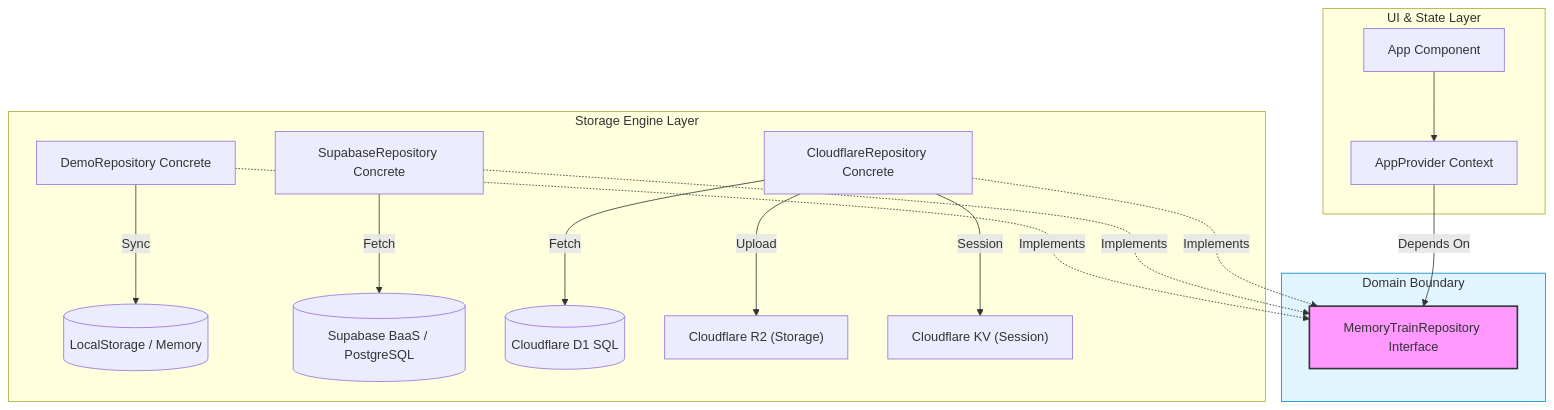
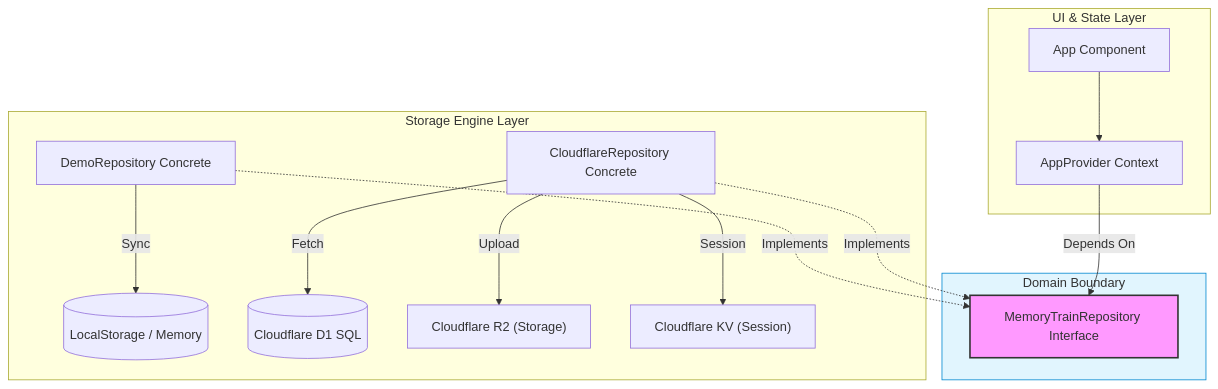
The first of 2 diagrams in docs/wiki/Architecture.md (ClarusIubar/GATTACA), drawn with Mermaid before and after one commit. The commit also changed other lines of this file and 10 other files, not shown here.

````diff
--- a/docs/wiki/Architecture.md
+++ b/docs/wiki/Architecture.md
@@ -11,24 +11,22 @@
 ```mermaid
 graph TD
     subgraph UI_Layer [UI & State Layer]
         App[App Component] --> AppProvider[AppProvider Context]
     end
 
     subgraph Domain_Boundary [Domain Boundary]
         AppProvider -->|Depends On| IRepo[MemoryTrainRepository Interface]
     end
 
     subgraph Storage_Layer [Storage Engine Layer]
         DemoRepo[DemoRepository Concrete] -.->|Implements| IRepo
-        SupabaseRepo[SupabaseRepository Concrete] -.->|Implements| IRepo
         CloudflareRepo[CloudflareRepository Concrete] -.->|Implements| IRepo
         DemoRepo -->|Sync| LS[(LocalStorage / Memory)]
-        SupabaseRepo -->|Fetch| SB[(Supabase BaaS / PostgreSQL)]
         CloudflareRepo -->|Fetch| CFD1[(Cloudflare D1 SQL)]
         CloudflareRepo -->|Upload| CFR2["Cloudflare R2 (Storage)"]
         CloudflareRepo -->|Session| CFKV["Cloudflare KV (Session)"]
     end
 
     style IRepo fill:#f9f,stroke:#333,stroke-width:2px
     style Domain_Boundary fill:#e1f5fe,stroke:#0288d1,stroke-width:1px
 ```
````
